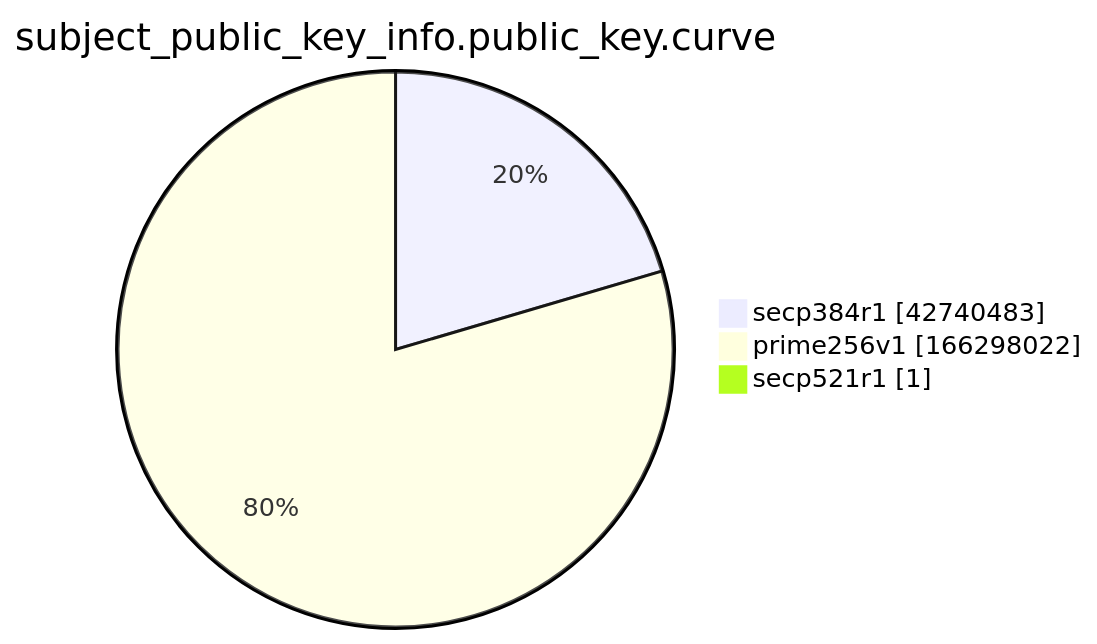
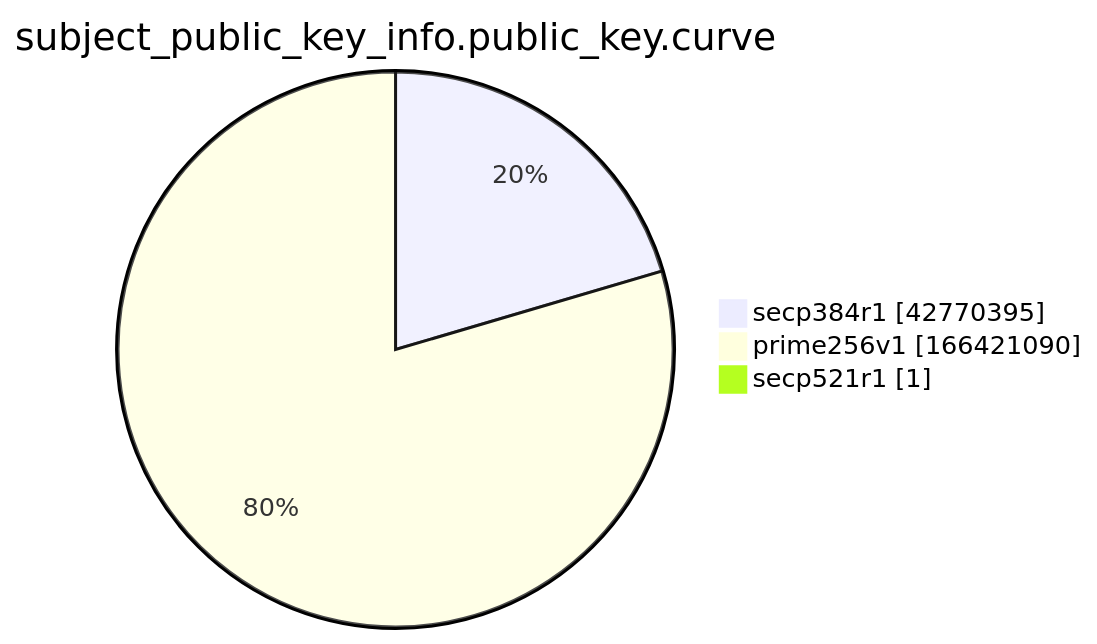
Before and after one commit to christiankrug/ctmonitor_visualization: the ninth of 15 diagrams in xenon2022/README.md, drawn with Mermaid. The commit also changed other lines of this file, not shown here.

````diff
--- a/xenon2022/README.md
+++ b/xenon2022/README.md
@@ -2869,7 +2869,7 @@
 ```mermaid
 pie showData
 title subject_public_key_info.public_key.curve
-"secp384r1" :42740483
-"prime256v1" :166298022
+"secp384r1" :42770395
+"prime256v1" :166421090
 "secp521r1" :1
 ```
````
